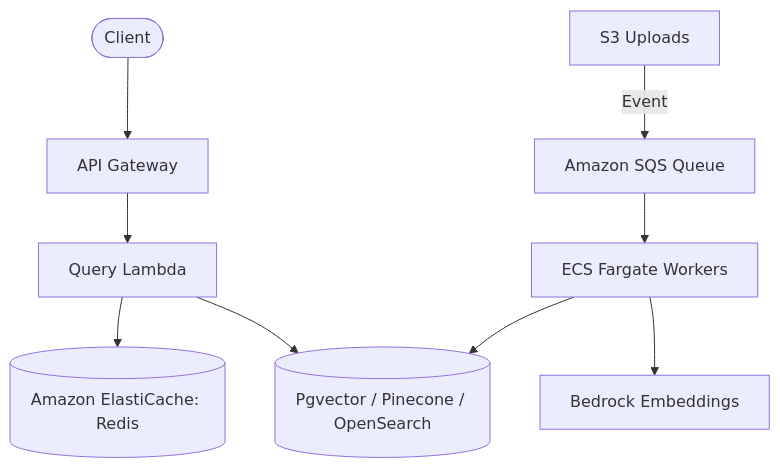
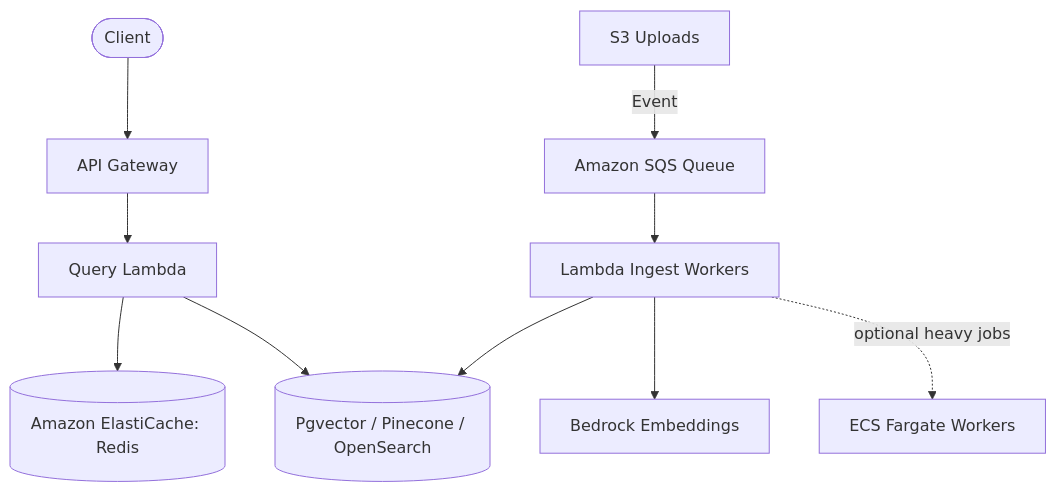
The diagram in docs/design-decisions.md (hanxuema/awsrag), drawn with Mermaid before and after one commit. The commit also changed other lines of this file and 20 other files, not shown here.

Commit message:
feat: add serverless graphrag platform slice

````diff
--- a/docs/design-decisions.md
+++ b/docs/design-decisions.md
@@ -49,12 +53,13 @@
 ```mermaid
 graph TD
     User([Client]) --> APIG[API Gateway]
     APIG --> LambdaQuery[Query Lambda]
     LambdaQuery --> Redis[(Amazon ElastiCache: Redis)]
     LambdaQuery --> VectorDB[(Pgvector / Pinecone / OpenSearch)]
     
     Upload[S3 Uploads] -->|Event| SQS[Amazon SQS Queue]
-    SQS --> ECS[ECS Fargate Workers]
-    ECS --> Bedrock[Bedrock Embeddings]
-    ECS --> VectorDB
+    SQS --> LambdaIngest[Lambda Ingest Workers]
+    LambdaIngest --> Bedrock[Bedrock Embeddings]
+    LambdaIngest --> VectorDB
+    LambdaIngest -. optional heavy jobs .-> ECS[ECS Fargate Workers]
 ```
````
